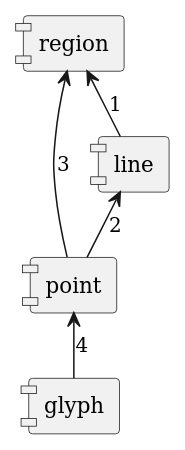
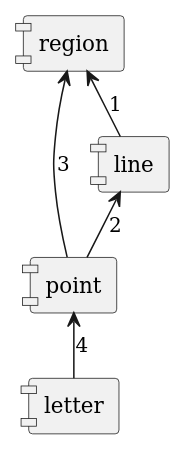
Before and after one commit to zwerdlds/GlyphMosaic: the diagram in documentation/Specification/diagrams/top_level_modules.plantuml, drawn with PlantUML. The commit also changed 6 other files, not shown here.

Commit message:
docs: initial change glyphs system to letter; data flow relationships completed.

```diff
--- a/documentation/Specification/diagrams/top_level_modules.plantuml
+++ b/documentation/Specification/diagrams/top_level_modules.plantuml
@@ -1,16 +1,16 @@
 @startuml top_level_modules
 skinparam ranksep 25
 skinparam componentStyle uml1
 skinparam defaultFontName DejaVu Serif
 
 component "region" as reg
 component "line" as line
 component "point" as pts
-component "glyph" as gly
+component "letter" as let
 
 line -u-> reg : 1
 pts -u-> line : 2
 pts -u-> reg : 3
-gly -u-> pts : 4
+let -u-> pts : 4
 
 @enduml
```
